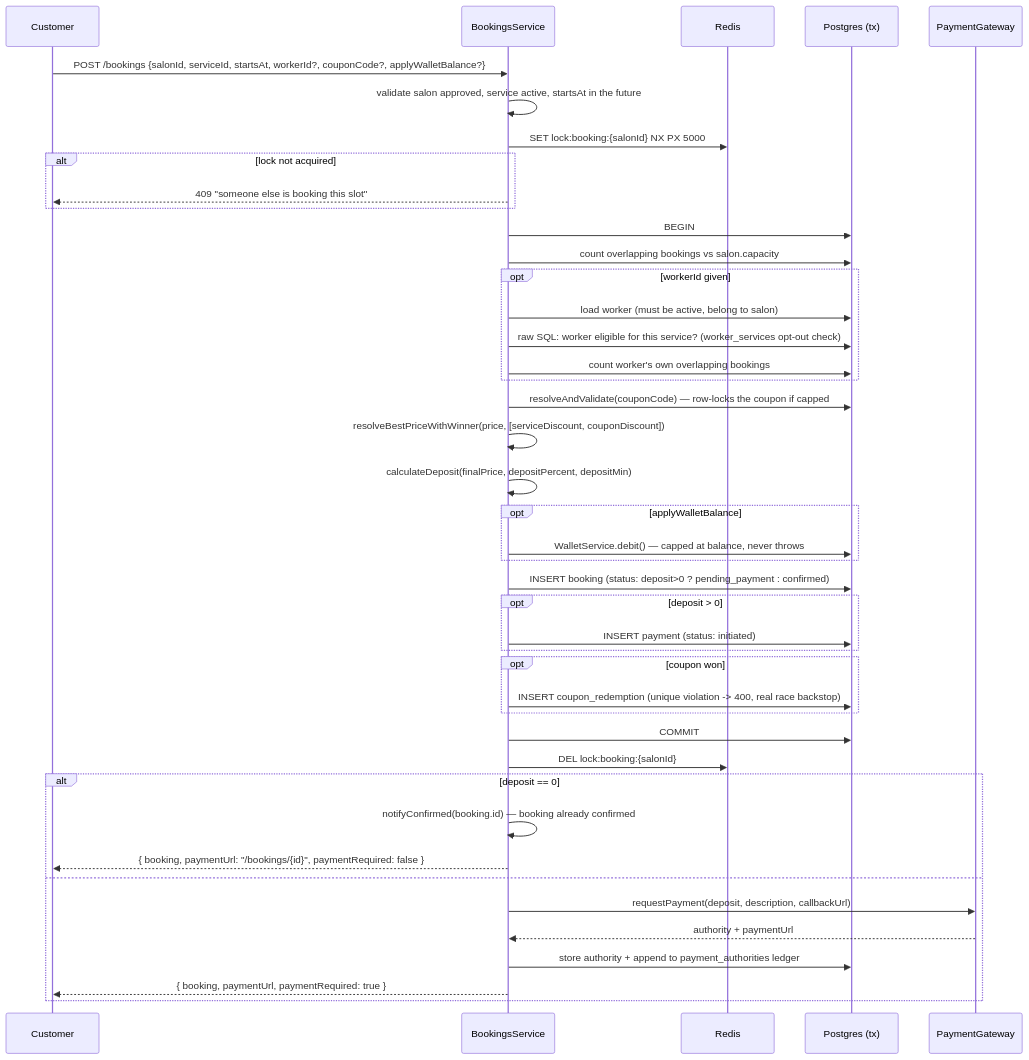
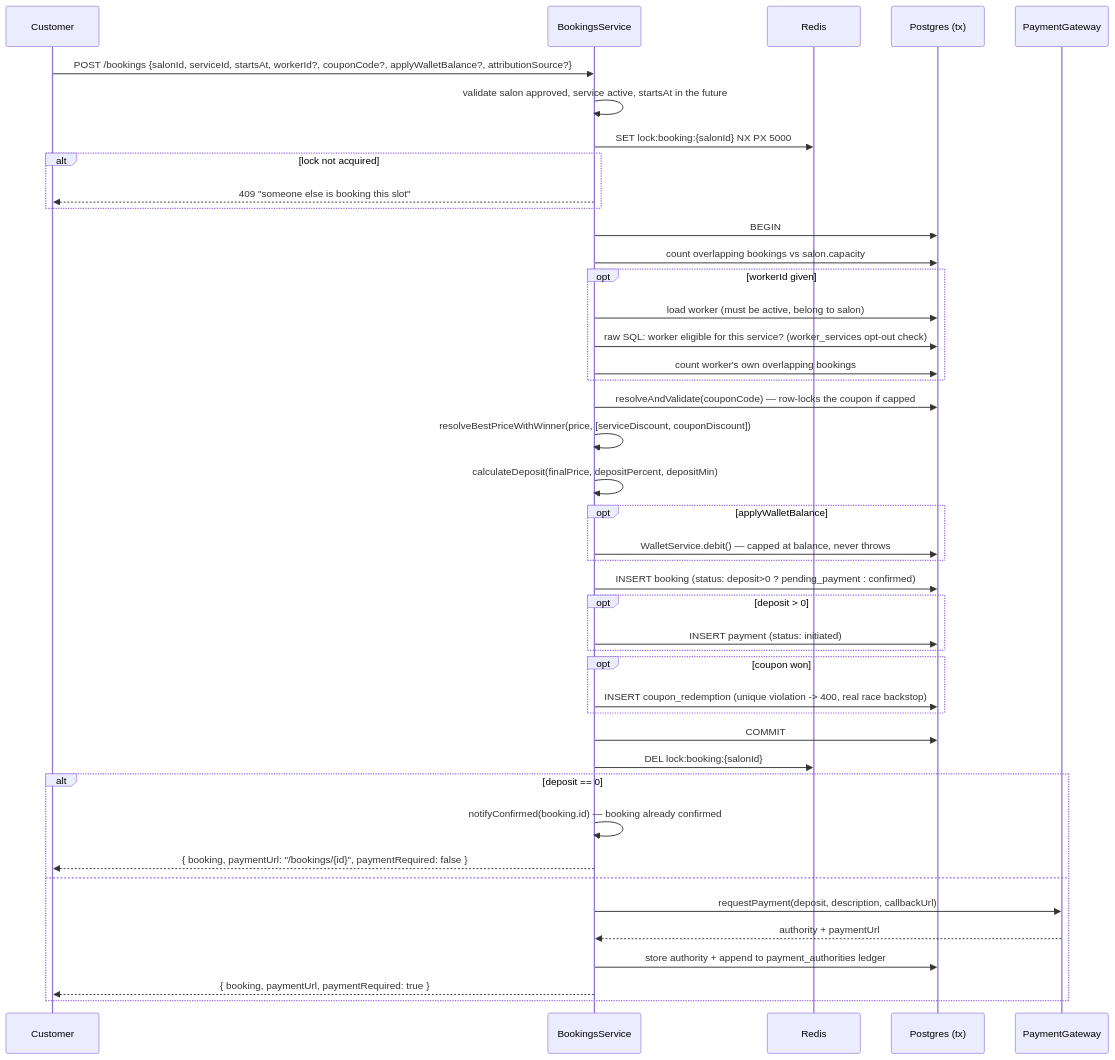
Before and after one commit to AmirHo3sein/gheychi: the second of 2 diagrams in docs/technical-overview/09-booking-engine.md, drawn with Mermaid. The commit also changed other lines of this file and 41 other files, not shown here.

````diff
--- a/docs/technical-overview/09-booking-engine.md
+++ b/docs/technical-overview/09-booking-engine.md
@@ -35,46 +40,46 @@
 ```mermaid
 sequenceDiagram
     participant C as Customer
     participant BS as BookingsService
     participant R as Redis
     participant DB as Postgres (tx)
     participant PG as PaymentGateway
 
-    C->>BS: POST /bookings {salonId, serviceId, startsAt, workerId?, couponCode?, applyWalletBalance?}
+    C->>BS: POST /bookings {salonId, serviceId, startsAt, workerId?, couponCode?, applyWalletBalance?, attributionSource?}
     BS->>BS: validate salon approved, service active, startsAt in the future
     BS->>R: SET lock:booking:{salonId} NX PX 5000
     alt lock not acquired
         BS-->>C: 409 "someone else is booking this slot"
     end
     BS->>DB: BEGIN
     BS->>DB: count overlapping bookings vs salon.capacity
     opt workerId given
         BS->>DB: load worker (must be active, belong to salon)
         BS->>DB: raw SQL: worker eligible for this service? (worker_services opt-out check)
         BS->>DB: count worker's own overlapping bookings
     end
     BS->>DB: resolveAndValidate(couponCode) — row-locks the coupon if capped
     BS->>BS: resolveBestPriceWithWinner(price, [serviceDiscount, couponDiscount])
     BS->>BS: calculateDeposit(finalPrice, depositPercent, depositMin)
     opt applyWalletBalance
         BS->>DB: WalletService.debit() — capped at balance, never throws
     end
     BS->>DB: INSERT booking (status: deposit>0 ? pending_payment : confirmed)
     opt deposit > 0
         BS->>DB: INSERT payment (status: initiated)
     end
     opt coupon won
         BS->>DB: INSERT coupon_redemption (unique violation -> 400, real race backstop)
     end
     BS->>DB: COMMIT
     BS->>R: DEL lock:booking:{salonId}
     alt deposit == 0
         BS->>BS: notifyConfirmed(booking.id) — booking already confirmed
         BS-->>C: { booking, paymentUrl: "/bookings/{id}", paymentRequired: false }
     else
         BS->>PG: requestPayment(deposit, description, callbackUrl)
         PG-->>BS: authority + paymentUrl
         BS->>DB: store authority + append to payment_authorities ledger
         BS-->>C: { booking, paymentUrl, paymentRequired: true }
     end
 ```
````
